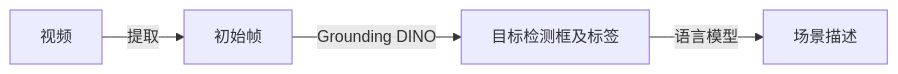
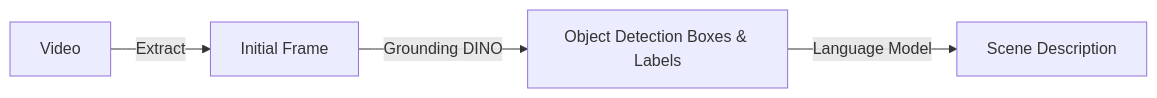
One commit to Koorye/RoboCoin-scene-annotator changed the diagram in README.md. Above: the diagram before and after it, drawn with Mermaid. The commit also changed other lines of this file and 1 other file, not shown here.

````diff
--- a/README.md
+++ b/README.md
@@ -8,6 +10,6 @@
 ```mermaid
 graph LR;
-    A[视频] --提取--> B[初始帧]
-    B --Grounding DINO--> C[目标检测框及标签]
-    C --语言模型--> D[场景描述]
+A[Video] --Extract--> B[Initial Frame]
+B --Grounding DINO--> C[Object Detection Boxes & Labels]
+C --Language Model--> D[Scene Description]
 ```
````
